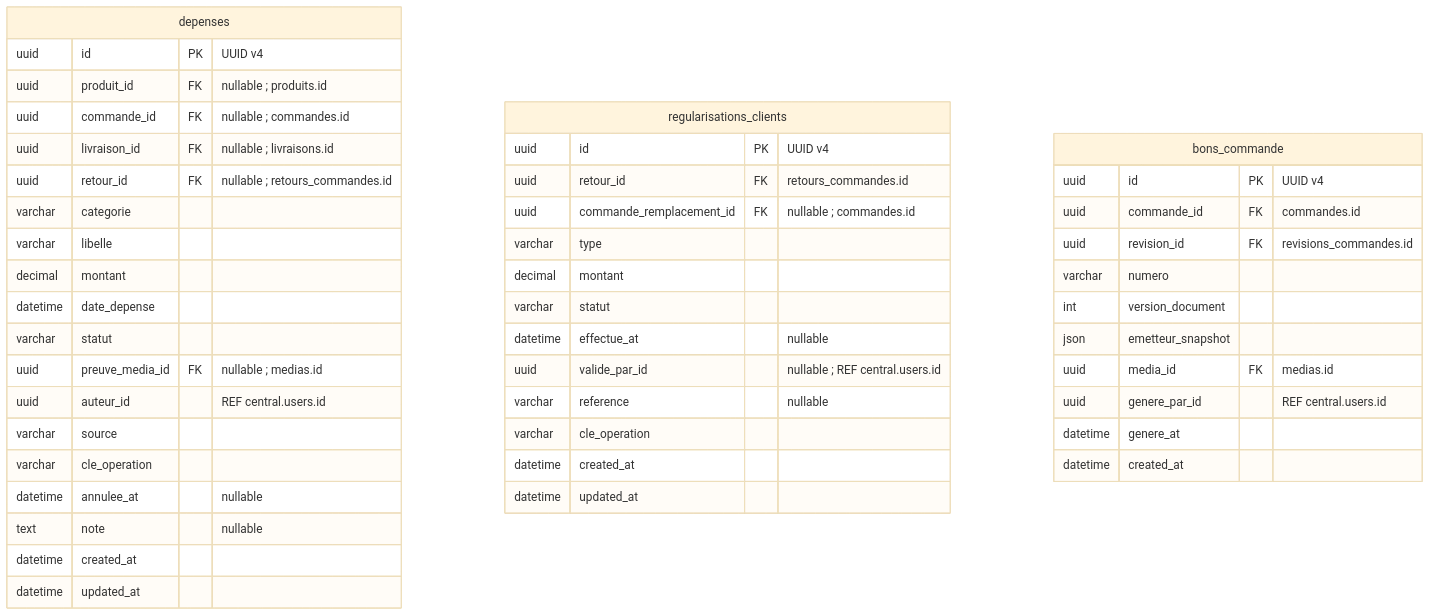
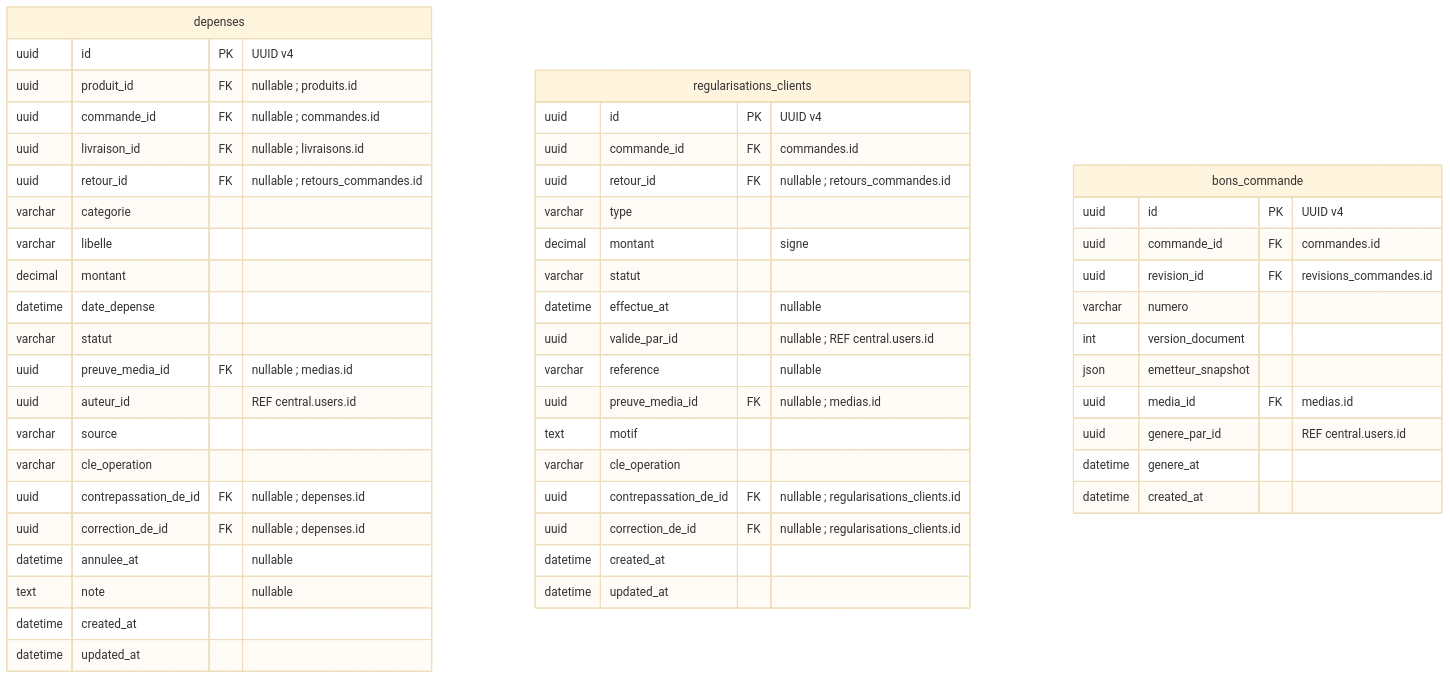
Before and after one commit to unitealfa/saas-ecom: diagram 23 of 26 in Schema-BDD-SaaS-Ecommerce-UUID.md, drawn with Mermaid (base theme). The commit also changed other lines of this file, not shown here.

````diff
--- a/Schema-BDD-SaaS-Ecommerce-UUID.md
+++ b/Schema-BDD-SaaS-Ecommerce-UUID.md
@@ -1561,50 +1741,56 @@
 ```mermaid
 erDiagram
     direction TB
     depenses {
         uuid id PK "UUID v4"
         uuid produit_id FK "nullable ; produits.id"
         uuid commande_id FK "nullable ; commandes.id"
         uuid livraison_id FK "nullable ; livraisons.id"
         uuid retour_id FK "nullable ; retours_commandes.id"
         varchar categorie
         varchar libelle
         decimal montant
         datetime date_depense
         varchar statut
         uuid preuve_media_id FK "nullable ; medias.id"
         uuid auteur_id "REF central.users.id"
         varchar source
         varchar cle_operation
+        uuid contrepassation_de_id FK "nullable ; depenses.id"
+        uuid correction_de_id FK "nullable ; depenses.id"
         datetime annulee_at "nullable"
         text note "nullable"
         datetime created_at
         datetime updated_at
     }
     regularisations_clients {
         uuid id PK "UUID v4"
-        uuid retour_id FK "retours_commandes.id"
-        uuid commande_remplacement_id FK "nullable ; commandes.id"
+        uuid commande_id FK "commandes.id"
+        uuid retour_id FK "nullable ; retours_commandes.id"
         varchar type
-        decimal montant
+        decimal montant "signe"
         varchar statut
         datetime effectue_at "nullable"
         uuid valide_par_id "nullable ; REF central.users.id"
         varchar reference "nullable"
+        uuid preuve_media_id FK "nullable ; medias.id"
+        text motif
         varchar cle_operation
+        uuid contrepassation_de_id FK "nullable ; regularisations_clients.id"
+        uuid correction_de_id FK "nullable ; regularisations_clients.id"
         datetime created_at
         datetime updated_at
     }
     bons_commande {
         uuid id PK "UUID v4"
         uuid commande_id FK "commandes.id"
         uuid revision_id FK "revisions_commandes.id"
         varchar numero
         int version_document
         json emetteur_snapshot
         uuid media_id FK "medias.id"
         uuid genere_par_id "REF central.users.id"
         datetime genere_at
         datetime created_at
     }
 ```
````
